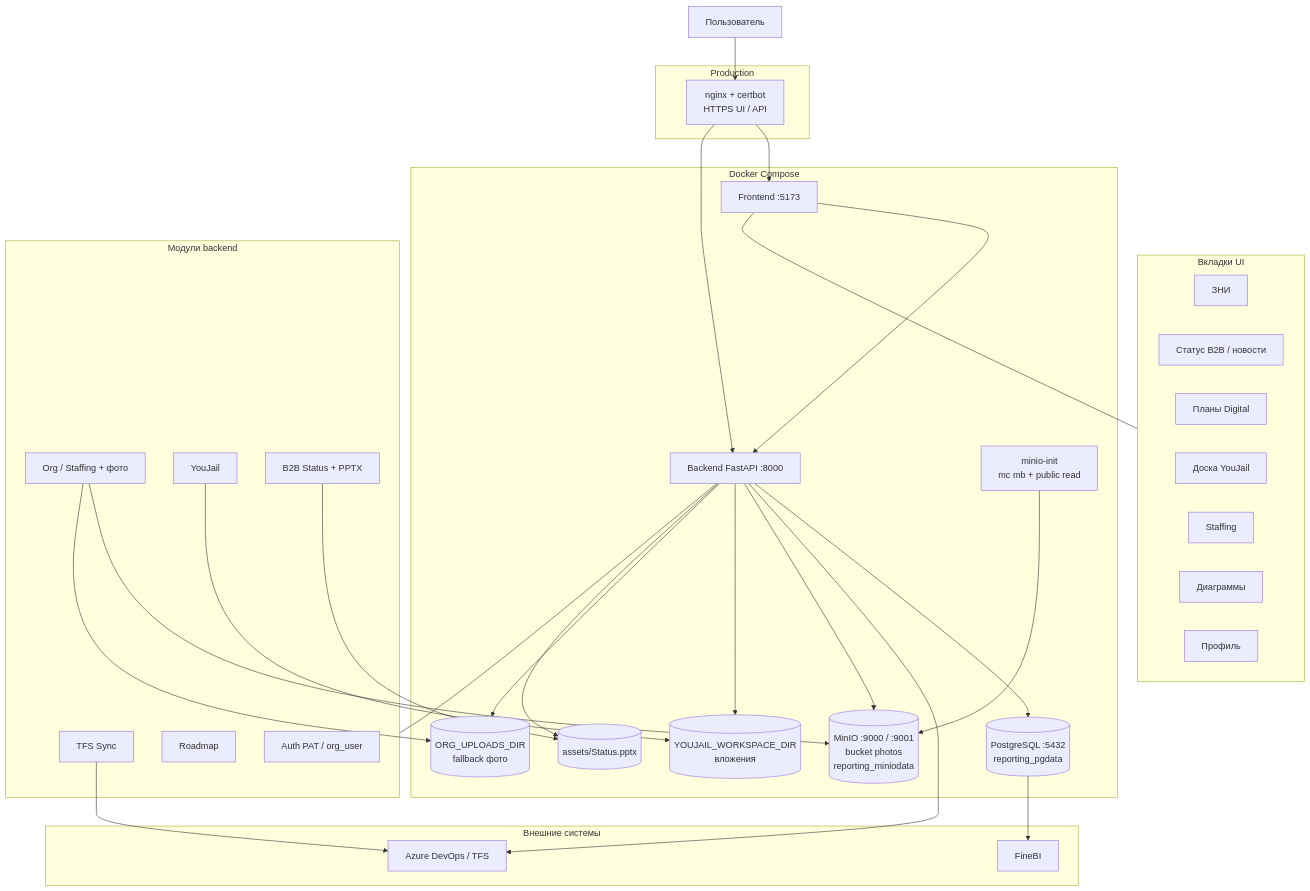
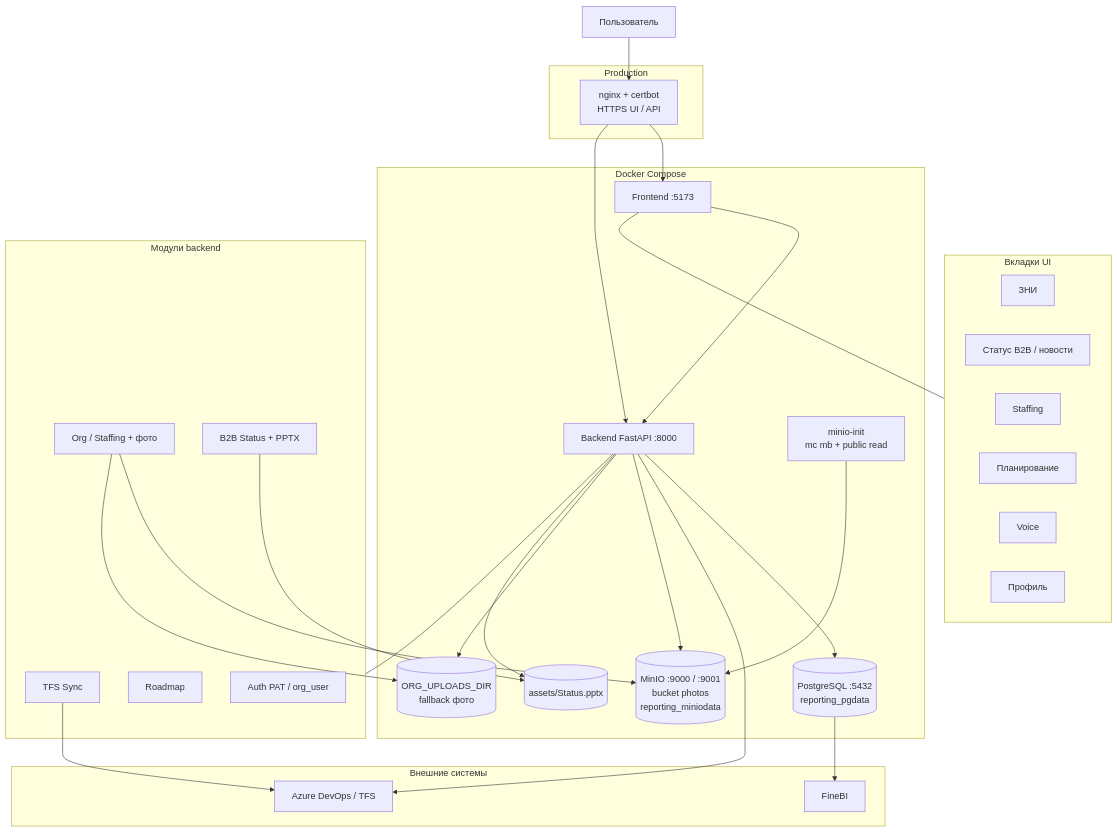
Before and after one commit to volchonok16/reporting: the first of 9 diagrams in docs/diagrams.md, drawn with Mermaid. The commit also changed other lines of this file and 583 other files, not shown here.

````diff
--- a/docs/diagrams.md
+++ b/docs/diagrams.md
@@ -32,64 +32,59 @@
 ```mermaid
 flowchart TB
     subgraph External["Внешние системы"]
         TFS[Azure DevOps / TFS]
         FineBI[FineBI]
     end
 
     subgraph Prod["Production"]
         NGINX[nginx + certbot\nHTTPS UI / API]
     end
 
     subgraph App["Docker Compose"]
         FE[Frontend :5173]
         API[Backend FastAPI :8000]
         PG[(PostgreSQL :5432\nreporting_pgdata)]
         MinIO[(MinIO :9000 / :9001\nbucket photos\nreporting_miniodata)]
         MinInit[minio-init\nmc mb + public read]
-        YJFS[("YOUJAIL_WORKSPACE_DIR\nвложения")]
         Uploads[("ORG_UPLOADS_DIR\nfallback фото")]
         Tpl[("assets/Status.pptx")]
     end
 
     User[Пользователь] --> NGINX
     NGINX --> FE
     NGINX --> API
     FE --> API
 
     API --> PG
     API --> TFS
     API --> MinIO
-    API --> YJFS
     API --> Uploads
     API --> Tpl
     MinInit --> MinIO
     PG --> FineBI
 
     subgraph Modules["Модули backend"]
         Sync[TFS Sync]
         Org[Org / Staffing + фото]
-        YJ[YouJail]
         B2B[B2B Status + PPTX]
         Road[Roadmap]
         Auth[Auth PAT / org_user]
     end
 
     API --- Modules
     Org --> MinIO
     Org --> Uploads
-    YJ --> YJFS
     B2B --> Tpl
     Sync --> TFS
 
     subgraph Tabs["Вкладки UI"]
         S1[ЗНИ]
         S2[Статус B2B / новости]
-        S3[Планы Digital]
-        S4[Доска YouJail]
         S5[Staffing]
-        S6[Диаграммы]
+        S8[Планирование]
+        S9[Voice]
         S7[Профиль]
     end
 
     FE --- Tabs
 ```
````
